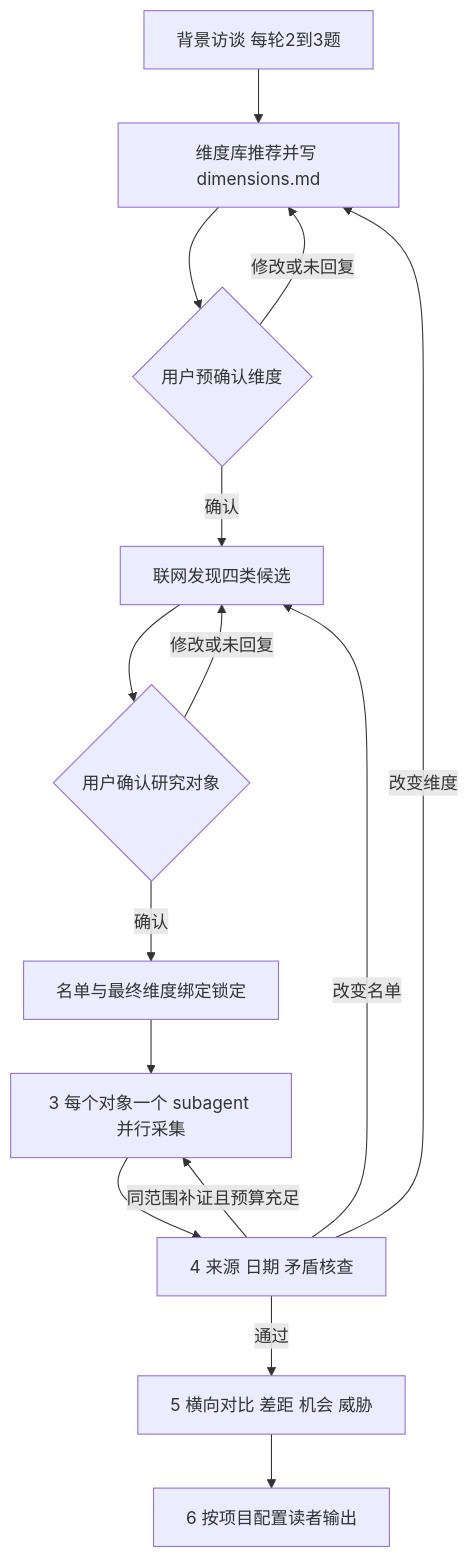
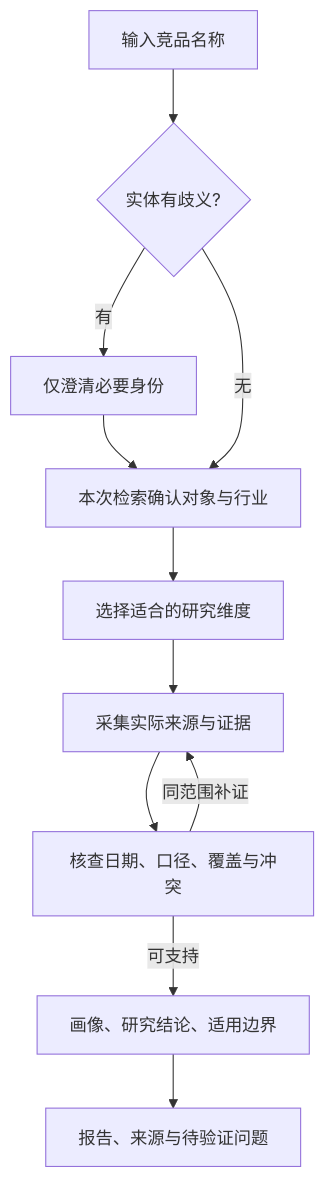
The diagram in skills/steal-her-heart/references/research-workflow.md (sakura1412/steal-her-heart), drawn with Mermaid before and after one commit. The commit also changed other lines of this file and 24 other files, not shown here.

````diff
--- a/skills/steal-her-heart/references/research-workflow.md
+++ b/skills/steal-her-heart/references/research-workflow.md
@@ -5,17 +5,13 @@
 ```mermaid
 flowchart TD
-  A[背景访谈 每轮2到3题] --> B[维度库推荐并写 dimensions.md]
-  B --> C{用户预确认维度}
-  C -->|修改或未回复| B
-  C -->|确认| D[联网发现四类候选]
-  D --> E{用户确认研究对象}
-  E -->|修改或未回复| D
-  E -->|确认| F[名单与最终维度绑定锁定]
-  F --> G[3 每个对象一个 subagent 并行采集]
-  G --> H[4 来源 日期 矛盾核查]
-  H -->|同范围补证且预算充足| G
-  H -->|改变名单| D
-  H -->|改变维度| B
-  H -->|通过| I[5 横向对比 差距 机会 威胁]
-  I --> J[6 按项目配置读者输出]
+  A[输入竞品名称] --> B{实体有歧义?}
+  B -->|有| C[仅澄清必要身份]
+  C --> D[本次检索确认对象与行业]
+  B -->|无| D
+  D --> E[选择适合的研究维度]
+  E --> F[采集实际来源与证据]
+  F --> G[核查日期、口径、覆盖与冲突]
+  G -->|同范围补证| F
+  G -->|可支持| H[画像、研究结论、适用边界]
+  H --> I[报告、来源与待验证问题]
 ```
````
